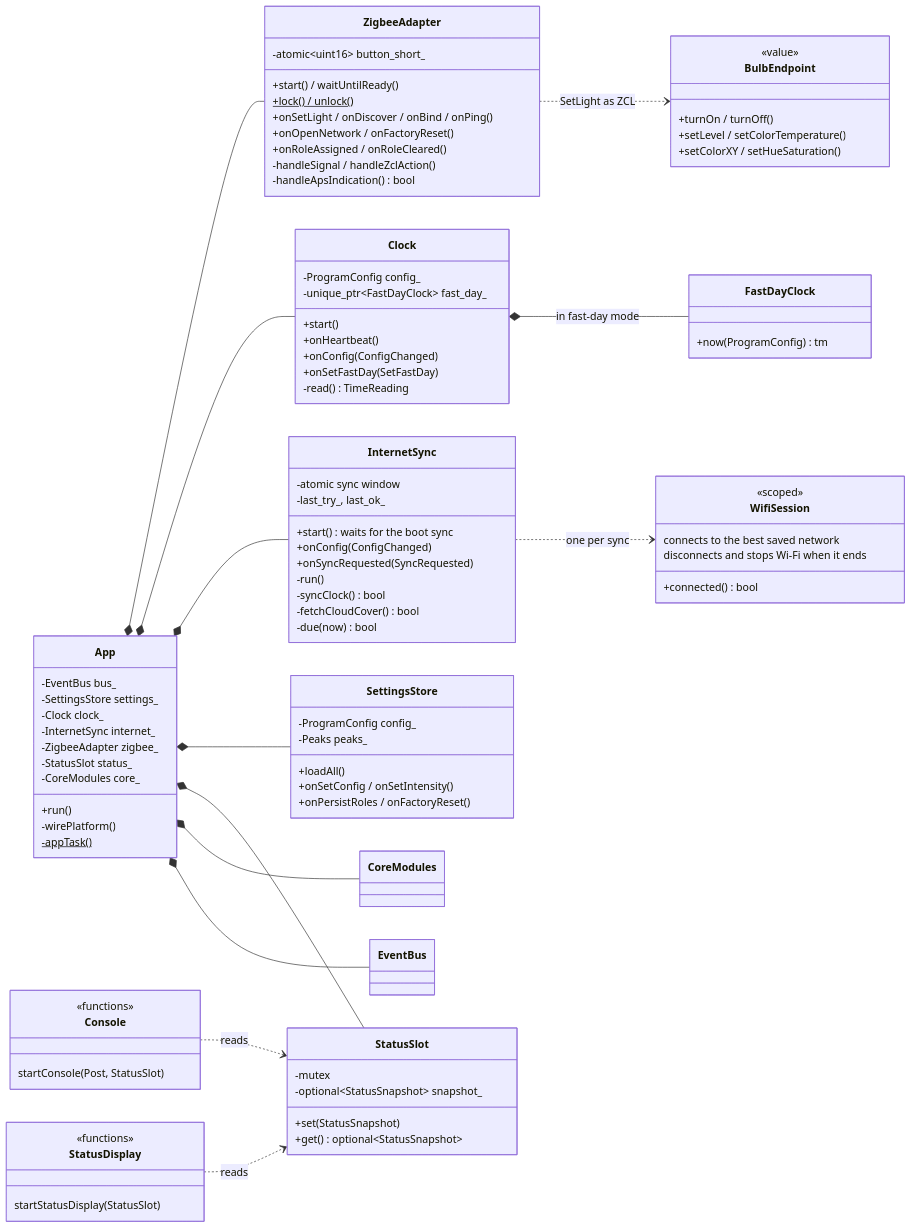
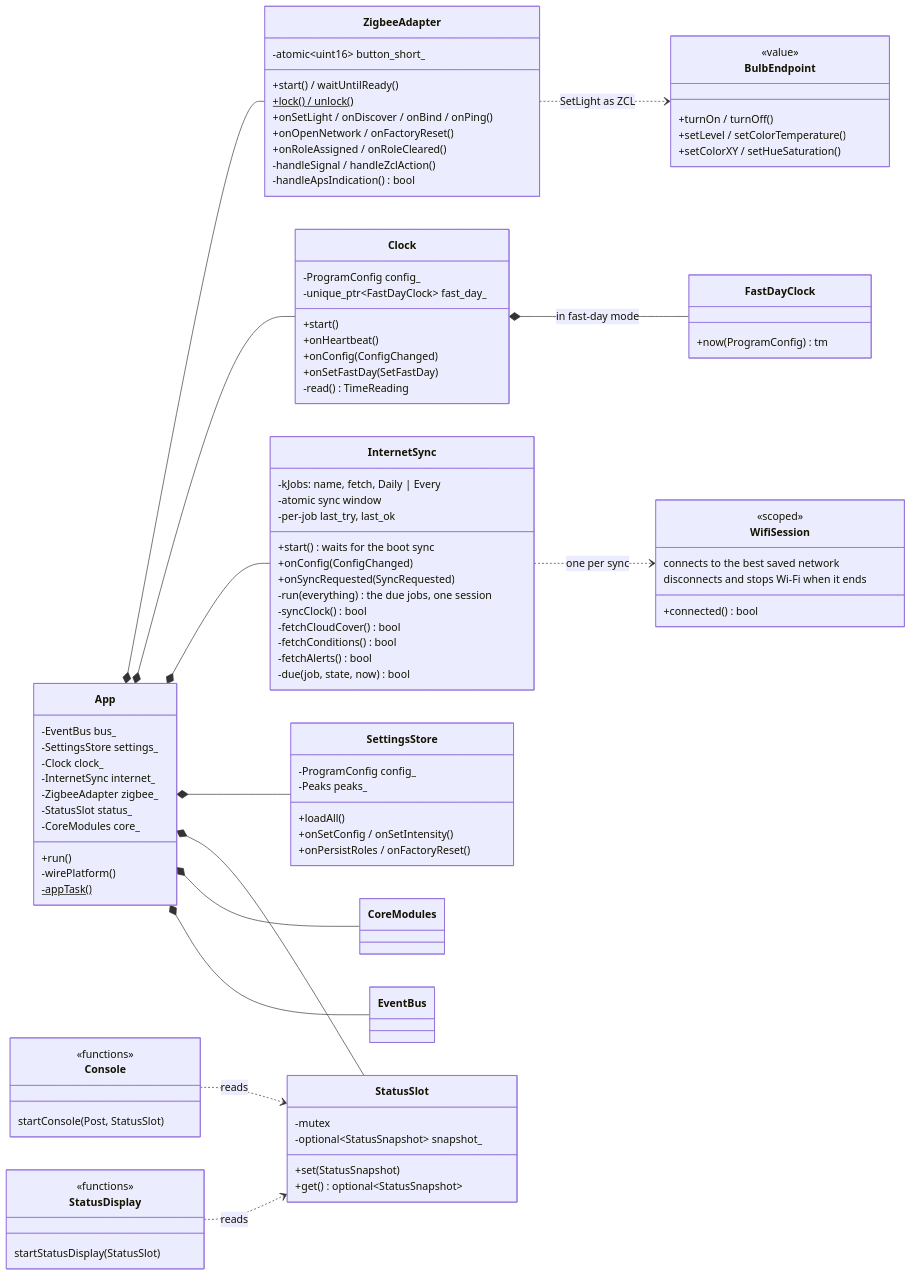
One commit to bjerre/sunsim changed the fifth of 10 diagrams in ARCHITECTURE.md. Above: the diagram before and after it, drawn with Mermaid. The commit also changed other lines of this file and 25 other files, not shown here.

```diff
--- a/ARCHITECTURE.md
+++ b/ARCHITECTURE.md
@@ -393,15 +420,18 @@
         -read() TimeReading
     }
     class InternetSync {
+        -kJobs: name, fetch, Daily | Every
         -atomic sync window
-        -last_try_, last_ok_
+        -per-job last_try, last_ok
         +start() waits for the boot sync
         +onConfig(ConfigChanged)
         +onSyncRequested(SyncRequested)
-        -run()
+        -run(everything) the due jobs, one session
         -syncClock() bool
         -fetchCloudCover() bool
-        -due(now) bool
+        -fetchConditions() bool
+        -fetchAlerts() bool
+        -due(job, state, now) bool
     }
     class WifiSession {
         <<scoped>>
```
